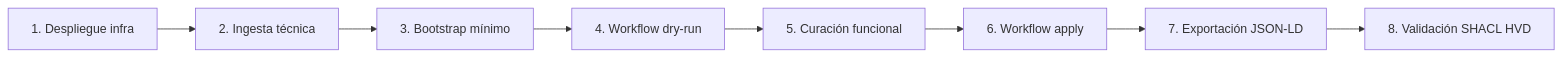
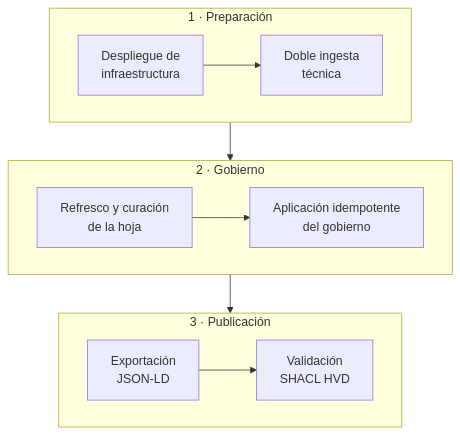
One commit to AlonsoMarcosM/TFM_Alonso_Marcos_Mu-oz changed the second of 14 diagrams in docs/diagramas_mermaid.md. Above: the diagram before and after it, drawn with Mermaid. The commit also changed other lines of this file and 22 other files, not shown here.

````diff
--- a/docs/diagramas_mermaid.md
+++ b/docs/diagramas_mermaid.md
@@ -33,10 +33,16 @@
 ```mermaid
-flowchart LR
-  A[1. Despliegue infra] --> B[2. Ingesta técnica]
-  B --> C[3. Bootstrap mínimo]
-  C --> D[4. Workflow dry-run]
-  D --> E[5. Curación funcional]
-  E --> F[6. Workflow apply]
-  F --> G[7. Exportación JSON-LD]
-  G --> H[8. Validación SHACL HVD]
+flowchart TB
+  subgraph F1["1 · Preparación"]
+    direction LR
+    A[Despliegue de<br/>infraestructura] --> B[Doble ingesta<br/>técnica]
+  end
+  subgraph F2["2 · Gobierno"]
+    direction LR
+    C[Refresco y curación<br/>de la hoja] --> D[Aplicación idempotente<br/>del gobierno]
+  end
+  subgraph F3["3 · Publicación"]
+    direction LR
+    E[Exportación<br/>JSON-LD] --> G[Validación<br/>SHACL HVD]
+  end
+  F1 --> F2 --> F3
 ```
````
